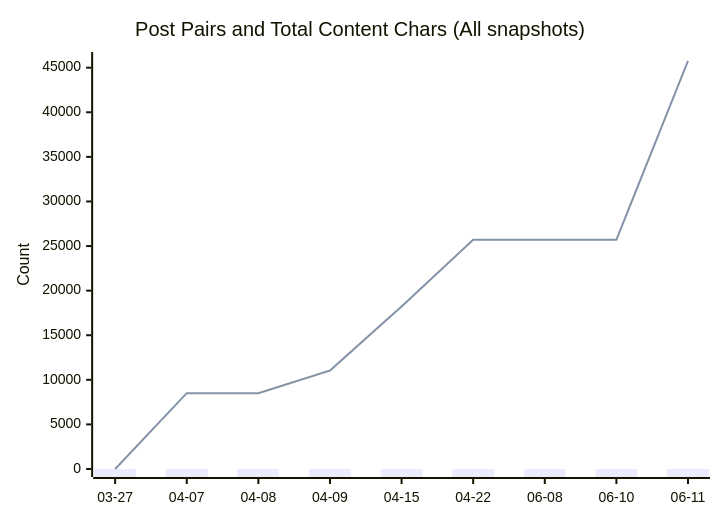
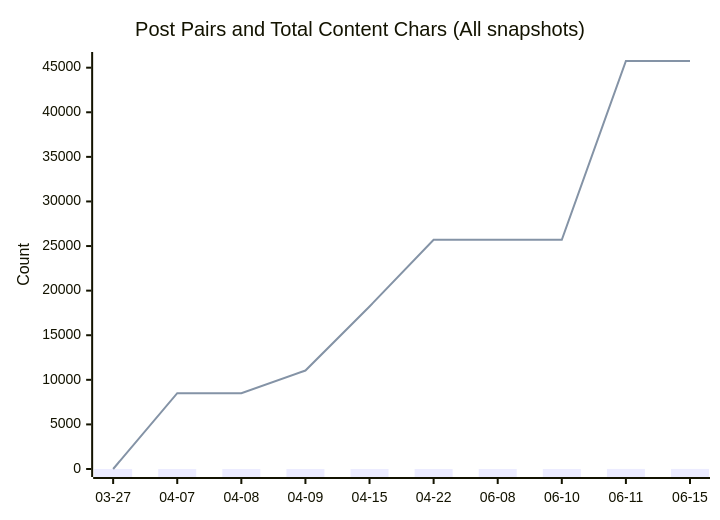
The diagram in README.md (ttw225/blog), drawn with Mermaid before and after one commit. The commit also changed other lines of this file and 2 other files, not shown here.

Commit message:
auto: refresh blog stats

````diff
--- a/README.md
+++ b/README.md
@@ -25,8 +25,8 @@
 ```mermaid
 xychart-beta
   title "Post Pairs and Total Content Chars (All snapshots)"
-  x-axis ["03-27", "04-07", "04-08", "04-09", "04-15", "04-22", "06-08", "06-10", "06-11"]
+  x-axis ["03-27", "04-07", "04-08", "04-09", "04-15", "04-22", "06-08", "06-10", "06-11", "06-15"]
   y-axis "Count" 0 --> 45862
-  bar [0, 2, 2, 3, 4, 5, 5, 5, 7]
-  line [0, 8506, 8506, 11042, 18224, 25700, 25700, 25700, 45762]
+  bar [0, 2, 2, 3, 4, 5, 5, 5, 7, 7]
+  line [0, 8506, 8506, 11042, 18224, 25700, 25700, 25700, 45762, 45762]
 ```
````
